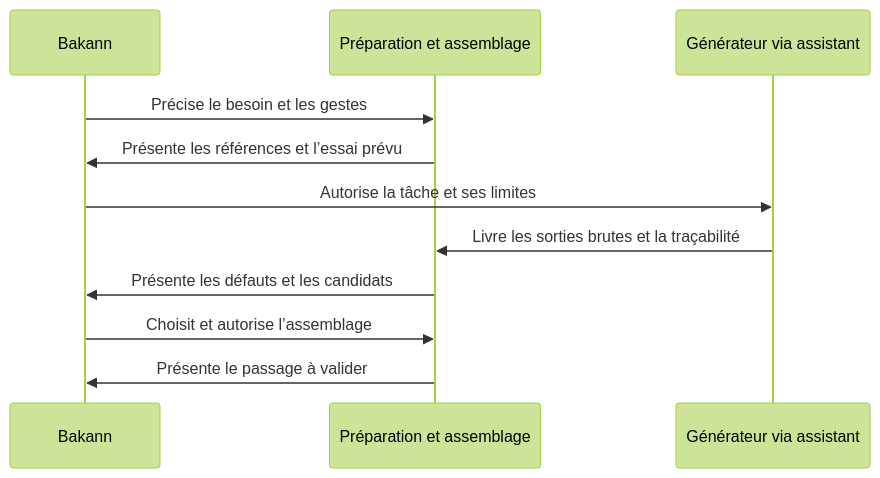
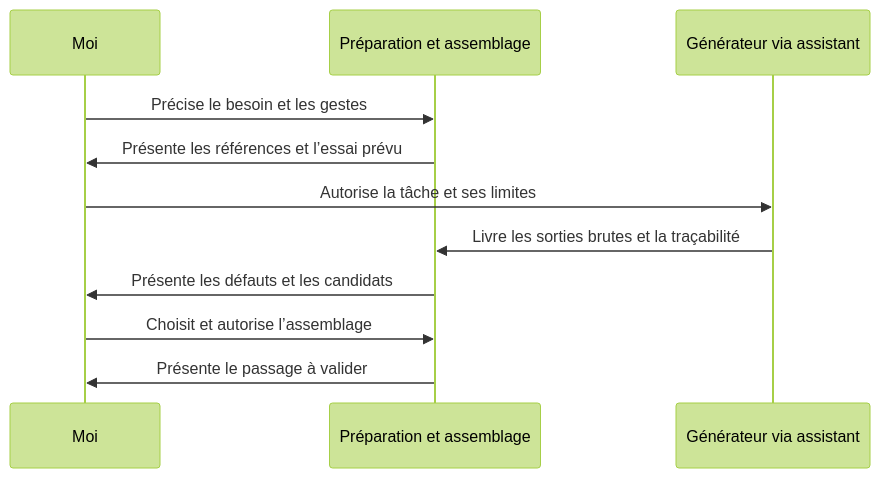
One commit to Bakann/porcelain-ai-production changed the third of 3 diagrams in docs/PROCESSUS.md. Above: the diagram before and after it, drawn with Mermaid (forest theme). The commit also changed 5 other files, not shown here.

````diff
--- a/docs/PROCESSUS.md
+++ b/docs/PROCESSUS.md
@@ -70,13 +70,13 @@
 ```mermaid
 sequenceDiagram
-    participant B as Bakann
+    participant B as Moi
     participant P as Préparation et assemblage
     participant G as Générateur via assistant
     B->>P: Précise le besoin et les gestes
     P->>B: Présente les références et l’essai prévu
     B->>G: Autorise la tâche et ses limites
     G->>P: Livre les sorties brutes et la traçabilité
     P->>B: Présente les défauts et les candidats
     B->>P: Choisit et autorise l’assemblage
     P->>B: Présente le passage à valider
 ```
````
